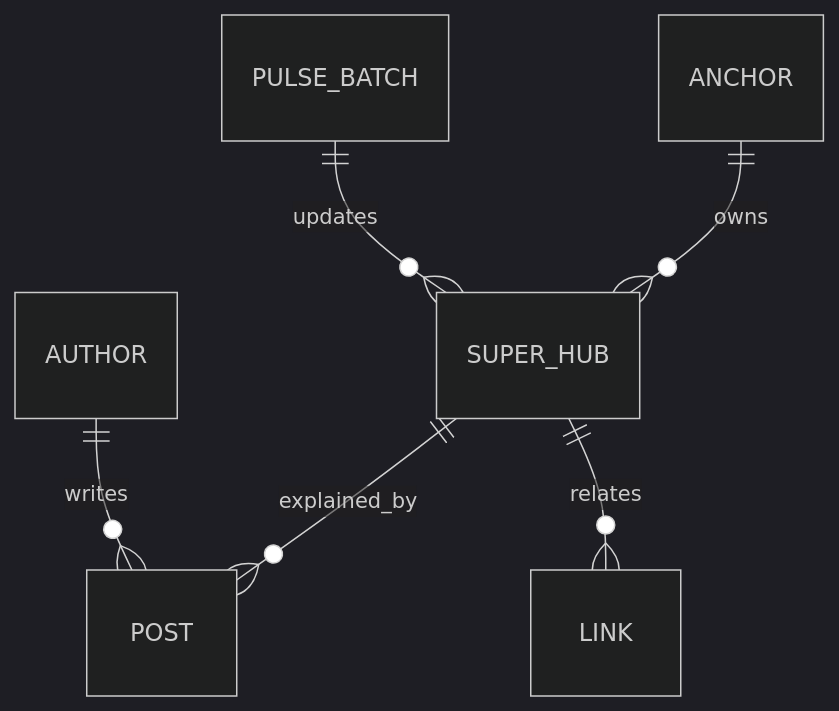
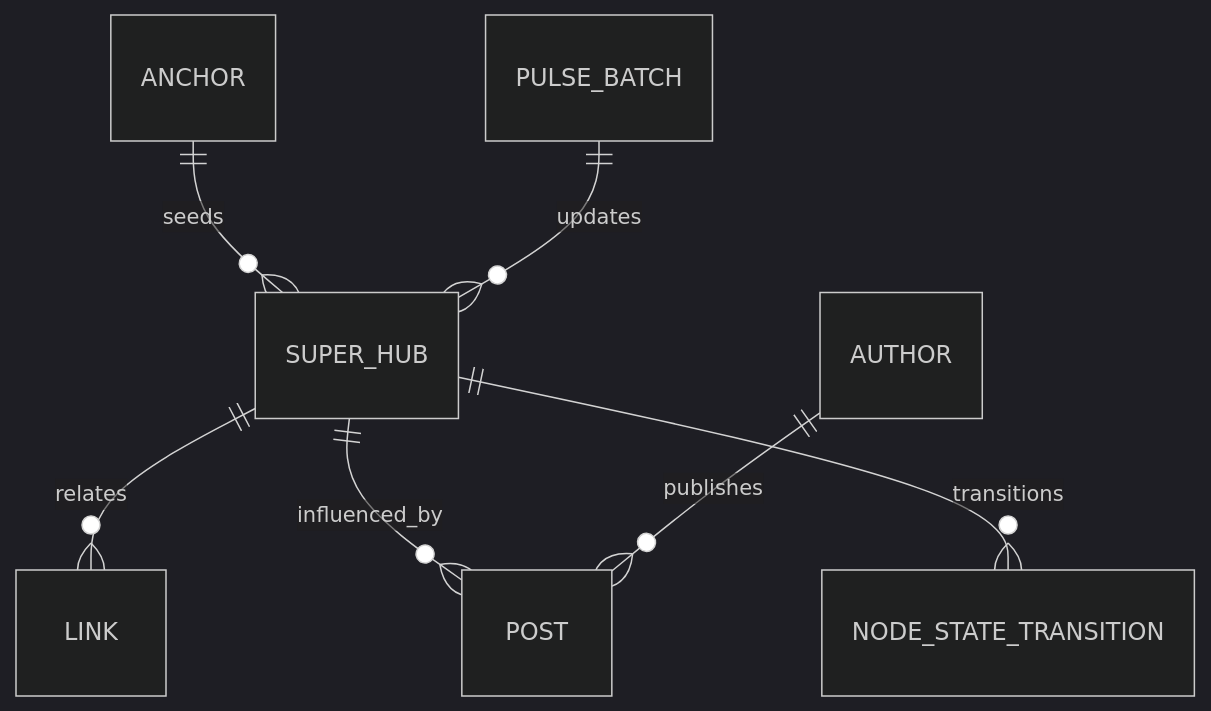
The diagram in docs/DataModel_SIMPLE.mmd (punkouter26/PoLinks), drawn with Mermaid (dark theme) before and after one commit. The commit also changed 67 other files, not shown here.

```diff
--- a/docs/DataModel_SIMPLE.mmd
+++ b/docs/DataModel_SIMPLE.mmd
@@ -1,6 +1,7 @@
 erDiagram
-    ANCHOR ||--o{ SUPER_HUB : owns
-    SUPER_HUB ||--o{ POST : explained_by
-    AUTHOR ||--o{ POST : writes
-    SUPER_HUB ||--o{ LINK : relates
-    PULSE_BATCH ||--o{ SUPER_HUB : updates
+    ANCHOR ||--o{ SUPER_HUB : "seeds"
+    SUPER_HUB ||--o{ LINK : "relates"
+    SUPER_HUB ||--o{ POST : "influenced_by"
+    AUTHOR ||--o{ POST : "publishes"
+    PULSE_BATCH ||--o{ SUPER_HUB : "updates"
+    SUPER_HUB ||--o{ NODE_STATE_TRANSITION : "transitions"
```
